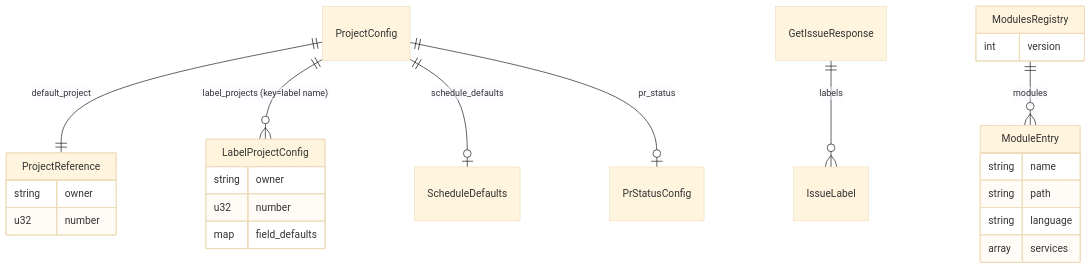
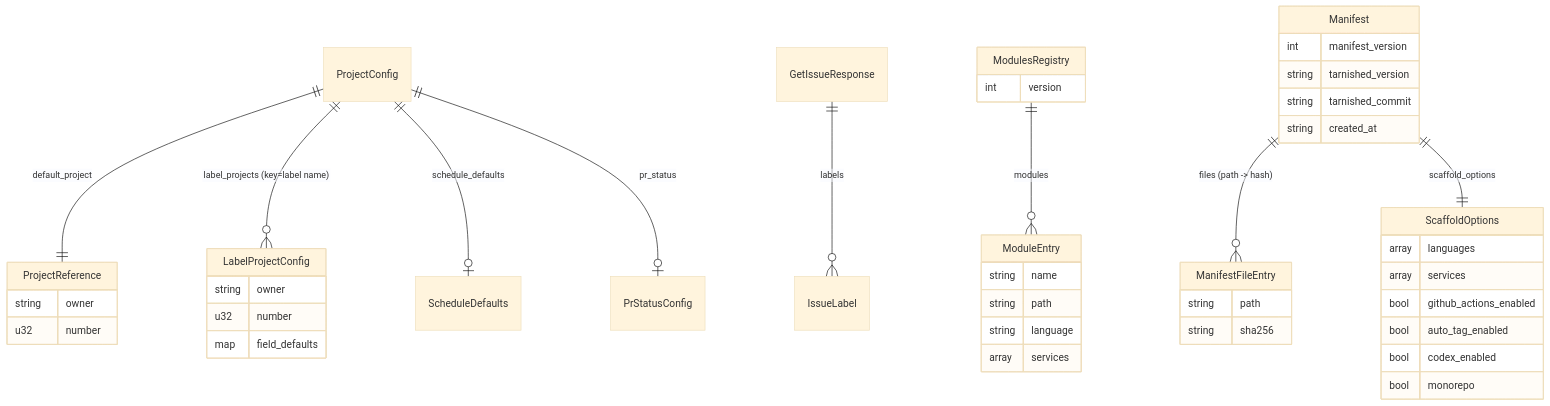
The diagram in docs/design/shared/data-model.md (TE-ToshiakiTanaka2/tarnished), drawn with Mermaid (base theme) before and after one commit. The commit also changed other lines of this file and 25 other files, not shown here.

````diff
--- a/docs/design/shared/data-model.md
+++ b/docs/design/shared/data-model.md
@@ -116,27 +163,47 @@
 ```mermaid
 erDiagram
     ProjectConfig ||--|| ProjectReference : "default_project"
     ProjectConfig ||--o{ LabelProjectConfig : "label_projects (key=label name)"
     ProjectConfig ||--o| ScheduleDefaults : "schedule_defaults"
     ProjectConfig ||--o| PrStatusConfig : "pr_status"
     GetIssueResponse ||--o{ IssueLabel : "labels"
     LabelProjectConfig {
         string owner
         u32 number
         map field_defaults
     }
     ProjectReference {
         string owner
         u32 number
     }
     ModulesRegistry ||--o{ ModuleEntry : "modules"
     ModulesRegistry {
         int version
     }
     ModuleEntry {
         string name
         string path
         string language
         array services
     }
+    Manifest ||--o{ ManifestFileEntry : "files (path -> hash)"
+    Manifest ||--|| ScaffoldOptions : "scaffold_options"
+    Manifest {
+        int manifest_version
+        string tarnished_version
+        string tarnished_commit
+        string created_at
+    }
+    ScaffoldOptions {
+        array languages
+        array services
+        bool github_actions_enabled
+        bool auto_tag_enabled
+        bool codex_enabled
+        bool monorepo
+    }
+    ManifestFileEntry {
+        string path
+        string sha256
+    }
 ```
````
